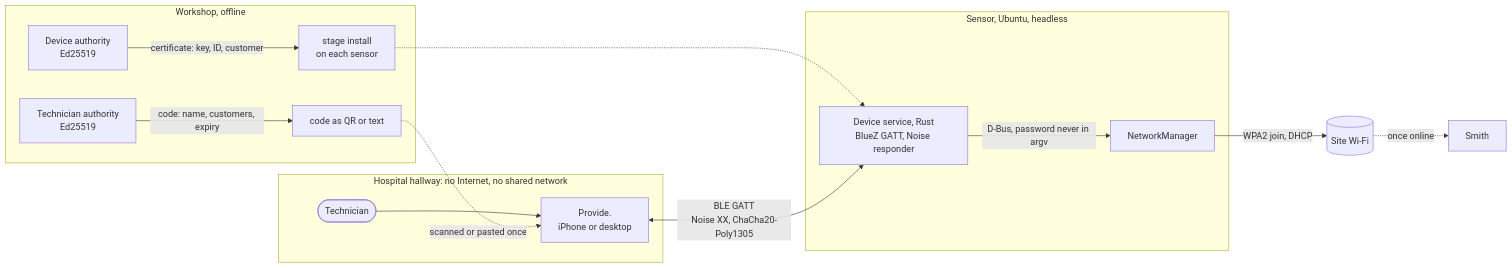
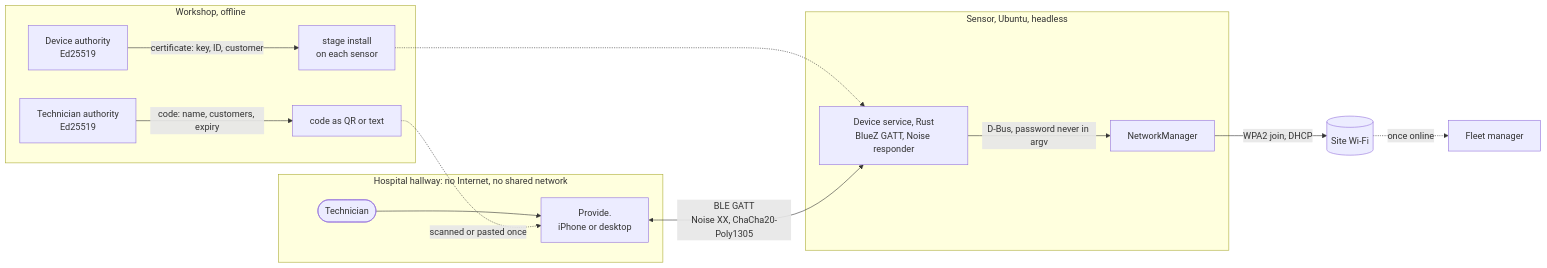
One commit to NoeBrt/Teton-Provide changed the first of 3 diagrams in docs/ARCHITECTURE.md. Above: the diagram before and after it, drawn with Mermaid. The commit also changed other lines of this file and 20 other files, not shown here.

````diff
--- a/docs/ARCHITECTURE.md
+++ b/docs/ARCHITECTURE.md
@@ -52,18 +52,18 @@
 ```mermaid
 flowchart LR
     subgraph workshop["Workshop, offline"]
         da["Device authority<br/>Ed25519"] -->|"certificate: key, ID, customer"| stage["stage install<br/>on each sensor"]
         ta["Technician authority<br/>Ed25519"] -->|"code: name, customers, expiry"| code["code as QR or text"]
     end
     subgraph device["Sensor, Ubuntu, headless"]
         svc["Device service, Rust<br/>BlueZ GATT, Noise responder"] -->|"D-Bus, password never in argv"| nm["NetworkManager"]
     end
     subgraph hallway["Hospital hallway: no Internet, no shared network"]
         tech(["Technician"]) --> app["Provide.<br/>iPhone or desktop"]
     end
     stage -.-> svc
     code -.->|"scanned or pasted once"| app
     app <-->|"BLE GATT<br/>Noise XX, ChaCha20-Poly1305"| svc
     nm -->|"WPA2 join, DHCP"| ap[("Site Wi-Fi")]
-    ap -.->|"once online"| smith["Smith"]
+    ap -.->|"once online"| fleet["Fleet manager"]
 ```
````
